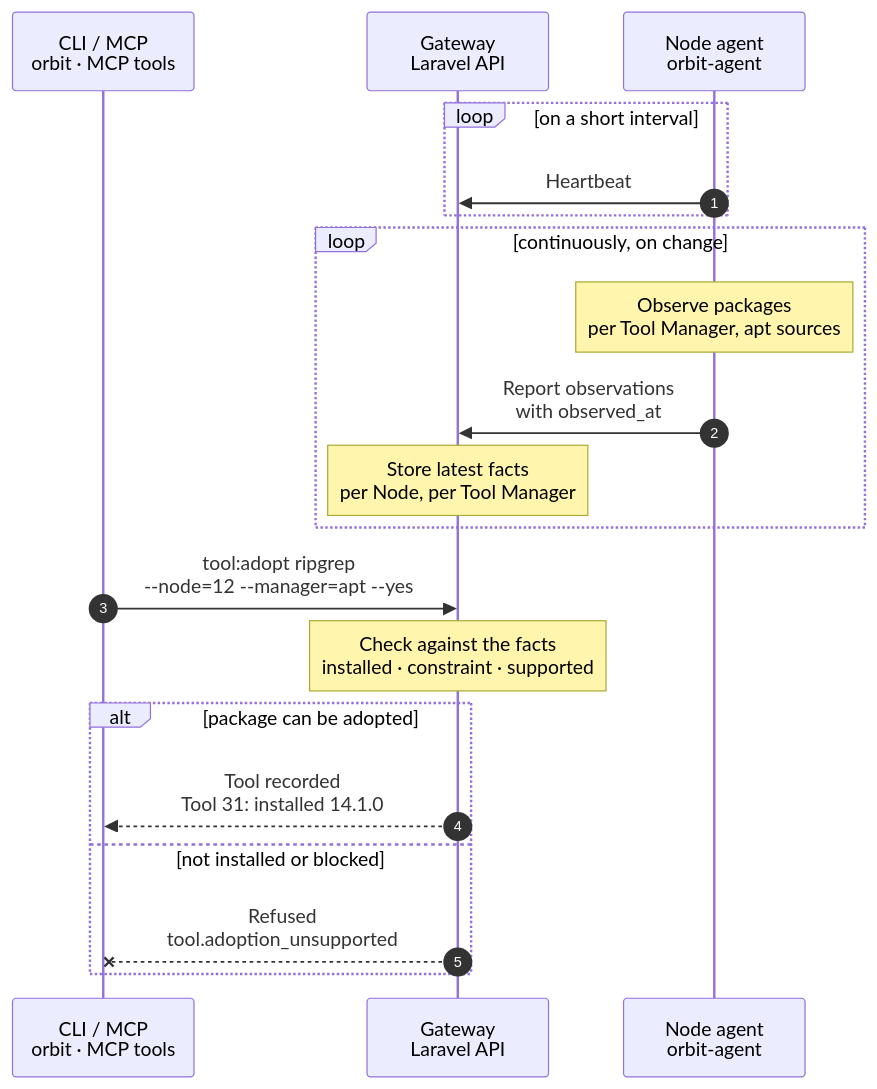
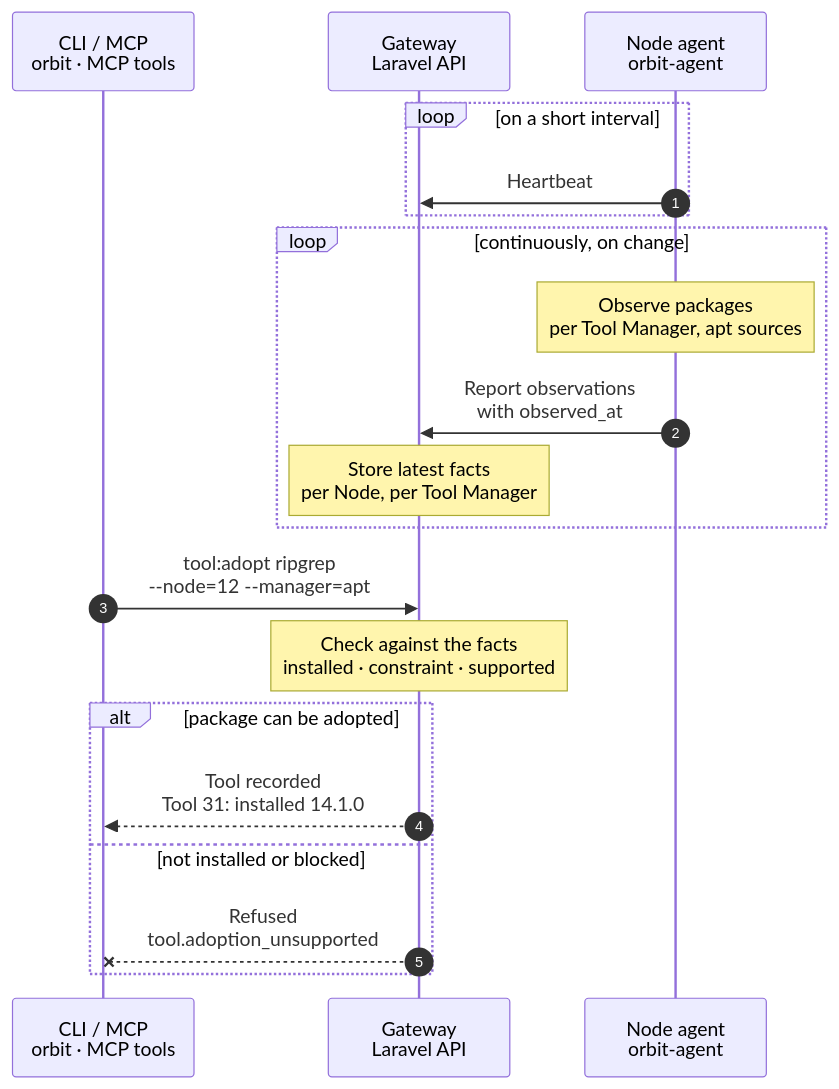
One commit to hardimpactdev/orbit changed the diagram in docs/cli/tool/adopt.mmd. Above: the diagram before and after it, drawn with Mermaid. The commit also changed 9 other files, not shown here.

Commit message:
docs(tool,vault,websocket): draw required parameters on the main path (flow rule 23)

```diff
--- a/docs/cli/tool/adopt.mmd
+++ b/docs/cli/tool/adopt.mmd
@@ -1,66 +1,66 @@
 sequenceDiagram
   %% Target design: Nick 2026-11-01, liveness 2026-11-02. Like doctor: only the Node agent reads Nodes; adopt checks its latest report. No task, no Swamp run, no SSH (R1).
   %% status: reviewed
   %% command: tool:adopt
   %% kind: tool.adopt
   autonumber
   %% lane CLI icon=terminal pill=caller tone=gray
   %% lane GW icon=gateway pill=intent tone=blue
   %% lane A icon=server pill=observer tone=amber
   participant CLI as CLI / MCP<br/>orbit · MCP tools
   participant GW as Gateway<br/>Laravel API
   participant A as Node agent<br/>orbit-agent
   loop on a short interval
     A->>GW: Heartbeat
     %%> Result:
     %%> - the Gateway marks the Node online, or offline when heartbeats stop
   end
   loop continuously, on change
     Note over A: Observe packages<br/>per Tool Manager, apt sources
     %%> What it observes:
     %%> - the installed packages and versions for each Tool Manager on the Node
     %%> - the apt sources and their signing keys
     %%> Runs as:
     %%> - read-only; the Node agent never changes a Node
     A->>GW: Report observations<br/>with observed_at
     %%> What it sends:
     %%> - what changed since the last report, with the time it was observed
     Note over GW: Store latest facts<br/>per Node, per Tool Manager
     %%> Result:
     %%> - the Gateway always has a recent picture of what is installed on each Node
   end
-  CLI->>GW: tool:adopt ripgrep<br/>--node=12 --manager=apt --yes
+  CLI->>GW: tool:adopt ripgrep<br/>--node=12 --manager=apt
   %%> Command:
   %%> - `orbit tool:adopt ripgrep --node=12 --manager=apt --yes`
-  %%> - syntax: `<package> --node=ID --manager=MANAGER [--constraint=RANGE] [--repository=JSON] --yes`
+  %%> - syntax: `<package> --node=ID --manager=MANAGER [--constraint=RANGE] [--repository=JSON] [--yes]`
   %%> What adopting means:
   %%> - Orbit takes over a package that is already installed, so it manages later updates and removal
   %%> - it installs, updates, removes and repins nothing
   %%> Confirmation:
   %%> - without `--yes`, the CLI asks "Take ownership of package ripgrep (apt on Node #12) and manage later updates and removal?"; the default is No
   Note over GW: Check against the facts<br/>installed · constraint · supported
   %%> Requirements:
   %%> - your Node has an access grant to Node 12
   %%> - Node 12's platform supports the Tool Manager
   %%> - the package isn't already a Tool on Node 12, and isn't protected (such as Caddy or PHP)
   %%> Checks in the agent's latest report:
   %%> - the package is installed, and its version fits `--constraint`
   %%> - Orbit can manage this package later (no adoption block)
   %%> - with `--repository`: the apt source and signing key on the Node match the definition
   alt package can be adopted
     GW-->>CLI: Tool recorded<br/>Tool 31: installed 14.1.0
     %%> Result:
     %%> - Tool 31 recorded as installed, with the observed version
     %%> - the apt repository recorded, when one was given
     %%> - first line: the agent's liveness, online or offline since <time>
     %%> - the answer comes at once; there is no task to follow
     %%> - when the agent is offline, the facts are marked "possibly outdated, agent silent since <time>"
   else not installed or blocked
     GW--xCLI: Refused<br/>tool.adoption_unsupported
     %%> When:
     %%> - the package isn't installed, its version is outside the constraint, or Orbit can't manage it
     %%> Result:
     %%> - first line: the agent's liveness, as above
     %%> - nothing is recorded
     %%> - when the agent is offline, the refusal is marked "possibly outdated, agent silent since <time>"
   end
```
